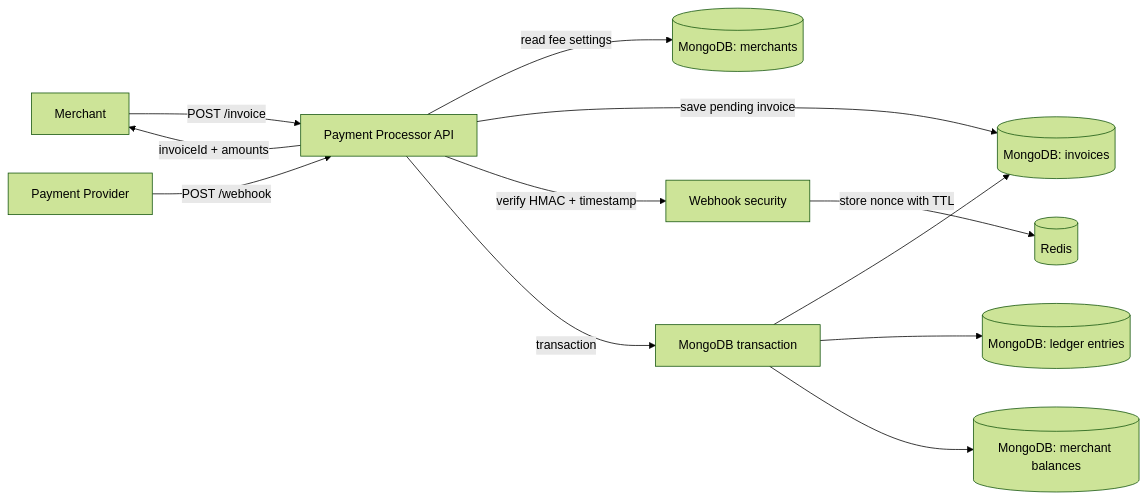
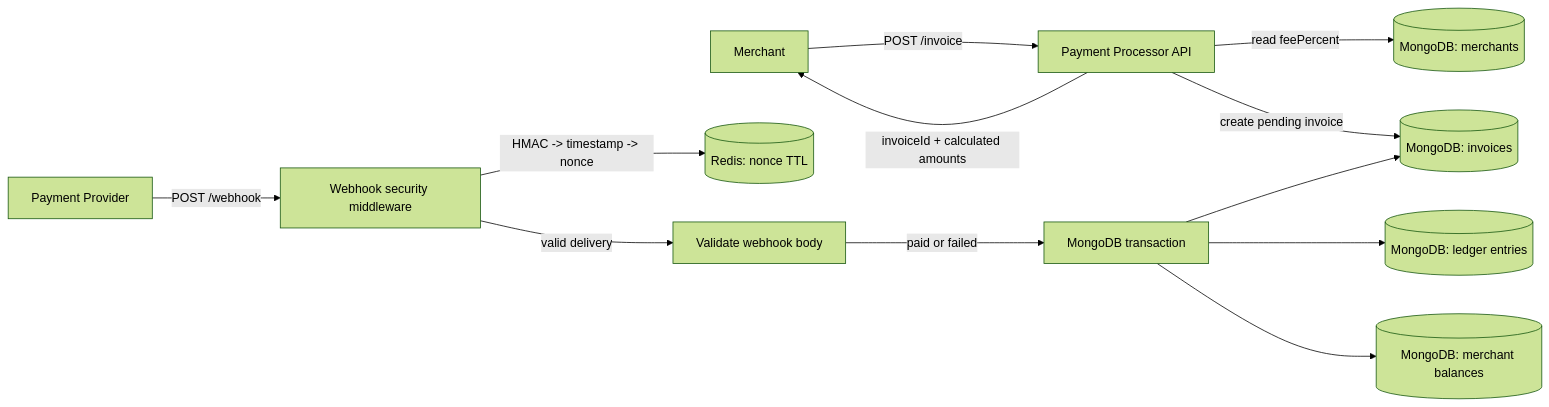
One commit to nbenliogludev/payment-processor changed the first of 2 diagrams in README.md. Above: the diagram before and after it, drawn with Mermaid (forest theme). The commit also changed other lines of this file and 5 other files, not shown here.

Commit message:
Move webhook security to middleware

````diff
--- a/README.md
+++ b/README.md
@@ -16,15 +16,15 @@
 ```mermaid
 flowchart LR
-  merchant["Merchant"] -->|"POST /invoice"| backend["Payment Processor API"]
-  backend -->|"read fee settings"| merchants[("MongoDB: merchants")]
-  backend -->|"save pending invoice"| invoices[("MongoDB: invoices")]
-  backend -->|"invoiceId + amounts"| merchant
+  merchant["Merchant"] -->|"POST /invoice"| api["Payment Processor API"]
+  api -->|"read feePercent"| merchants[("MongoDB: merchants")]
+  api -->|"create pending invoice"| invoices[("MongoDB: invoices")]
+  api -->|"invoiceId + calculated amounts"| merchant
 
-  provider["Payment Provider"] -->|"POST /webhook"| backend
-  backend -->|"verify HMAC + timestamp"| security["Webhook security"]
-  security -->|"store nonce with TTL"| redis[("Redis")]
-  backend -->|"transaction"| mongoTx["MongoDB transaction"]
+  provider["Payment Provider"] -->|"POST /webhook"| security["Webhook security middleware"]
+  security -->|"HMAC -> timestamp -> nonce"| redis[("Redis: nonce TTL")]
+  security -->|"valid delivery"| validation["Validate webhook body"]
+  validation -->|"paid or failed"| mongoTx["MongoDB transaction"]
   mongoTx --> invoices
   mongoTx --> ledger[("MongoDB: ledger entries")]
   mongoTx --> balances[("MongoDB: merchant balances")]
 ```
````
